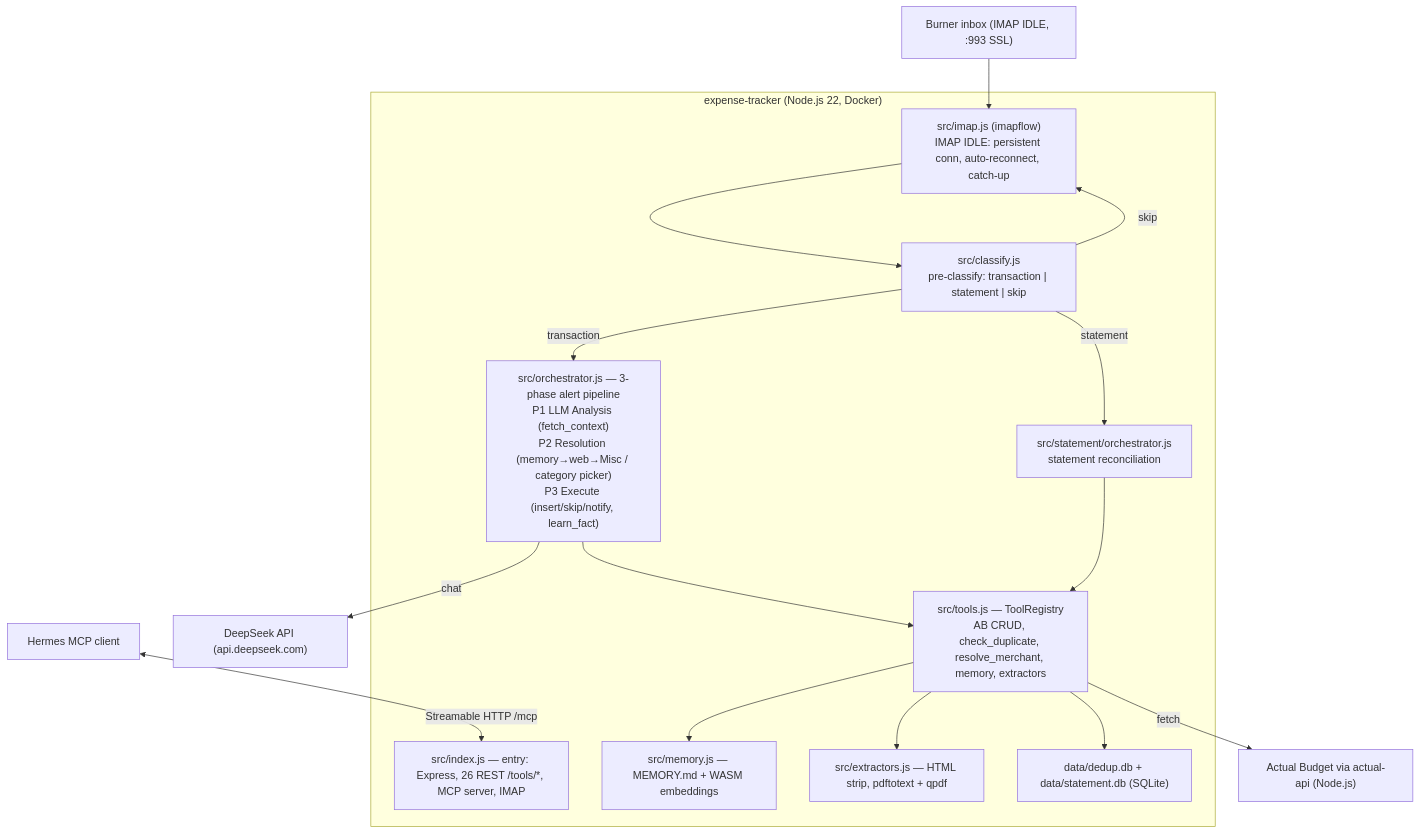
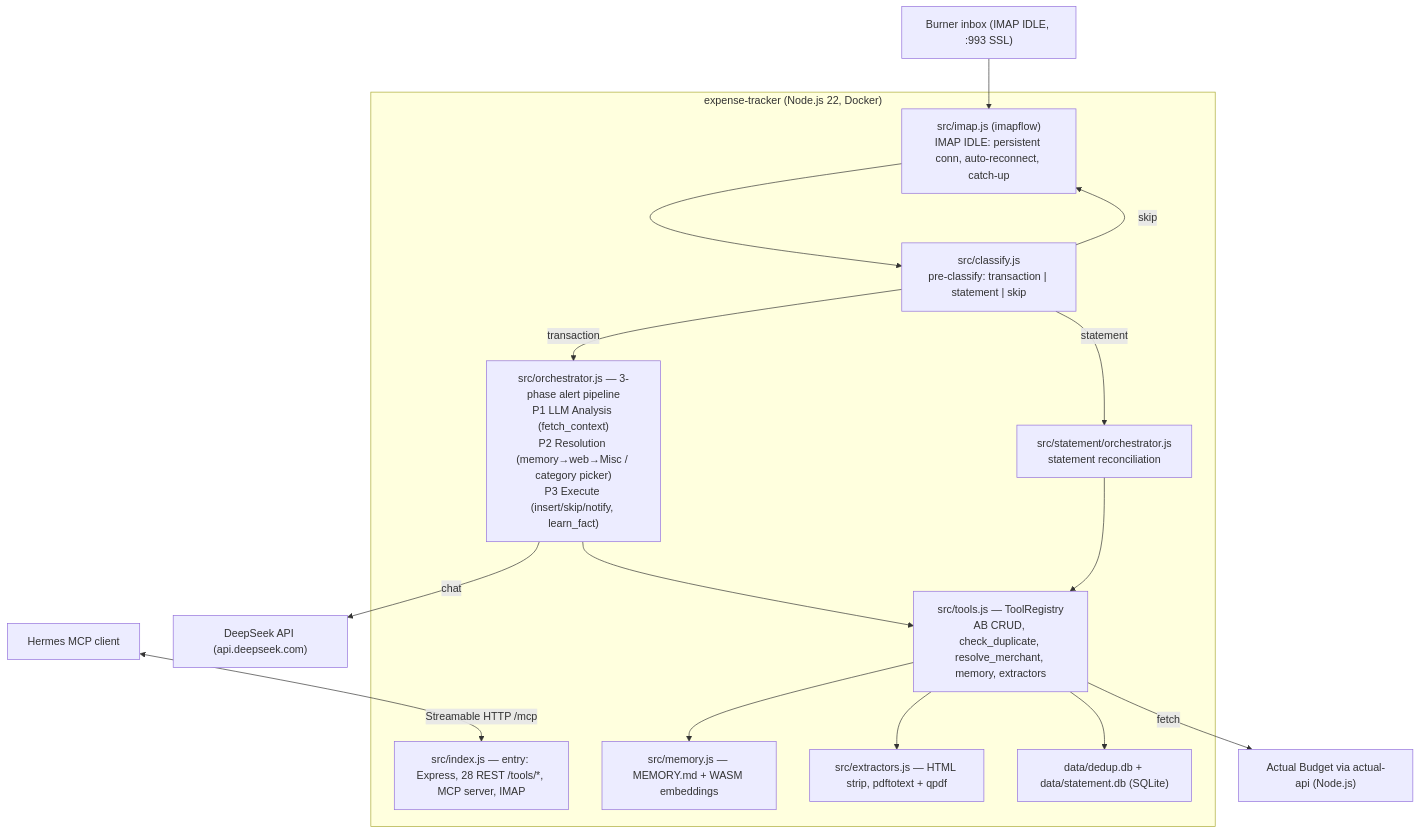
One commit to darrencjh8/darren-openclaw changed the diagram in specs/002-expense-tracking/plan.md. Above: the diagram before and after it, drawn with Mermaid. The commit also changed other lines of this file and 7 other files, not shown here.

````diff
--- a/specs/002-expense-tracking/plan.md
+++ b/specs/002-expense-tracking/plan.md
@@ -34,27 +34,27 @@
 ```mermaid
 flowchart TB
     subgraph ET["expense-tracker (Node.js 22, Docker)"]
-        IDX["src/index.js — entry: Express, 26 REST /tools/*, MCP server, IMAP"]
+        IDX["src/index.js — entry: Express, 28 REST /tools/*, MCP server, IMAP"]
         IMAP["src/imap.js (imapflow)<br/>IMAP IDLE: persistent conn, auto-reconnect, catch-up"]
         CLS["src/classify.js<br/>pre-classify: transaction | statement | skip"]
         ORCH["src/orchestrator.js — 3-phase alert pipeline<br/>P1 LLM Analysis (fetch_context)<br/>P2 Resolution (memory→web→Misc / category picker)<br/>P3 Execute (insert/skip/notify, learn_fact)"]
         STMT["src/statement/orchestrator.js<br/>statement reconciliation"]
         TOOLS["src/tools.js — ToolRegistry<br/>AB CRUD, check_duplicate, resolve_merchant, memory, extractors"]
         MEM["src/memory.js — MEMORY.md + WASM embeddings"]
         EXT["src/extractors.js — HTML strip, pdftotext + qpdf"]
         DB["data/dedup.db + data/statement.db (SQLite)"]
     end
 
     INBOX["Burner inbox (IMAP IDLE, :993 SSL)"] --> IMAP --> CLS
     CLS -->|transaction| ORCH
     CLS -->|statement| STMT
     CLS -->|skip| IMAP
     ORCH --> TOOLS
     STMT --> TOOLS
     TOOLS --> MEM
     TOOLS --> EXT
     TOOLS --> DB
     TOOLS -->|fetch| AB["Actual Budget via actual-api (Node.js)"]
     ORCH -->|chat| DS["DeepSeek API (api.deepseek.com)"]
     MCP["Hermes MCP client"] <-->|Streamable HTTP /mcp| IDX
 ```
````
